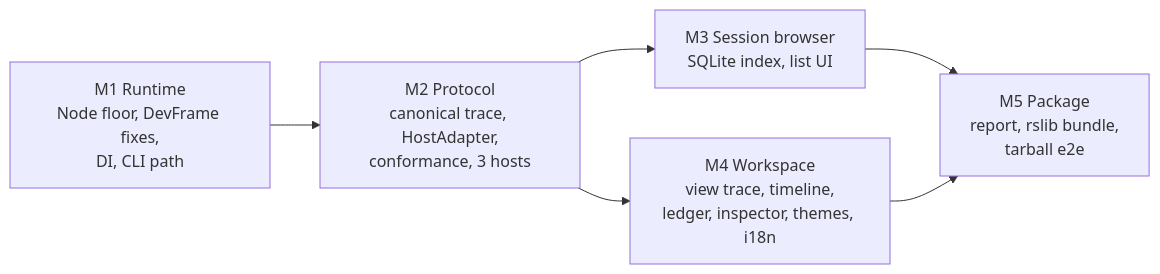
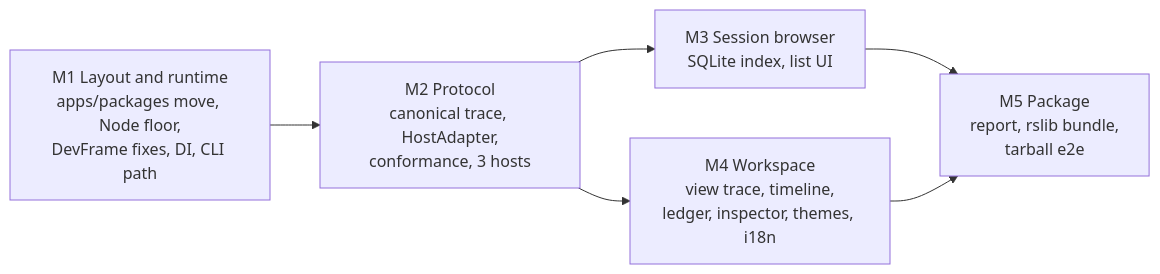
The fourth of 4 diagrams in docs/plans/0001-external-release.md (PerfectPan/estela), drawn with Mermaid before and after one commit. The commit also changed other lines of this file and 2 other files, not shown here.

First line of the commit message:
docs: lay out apps and packages under the @rivus scope in Plan 0001

````diff
--- a/docs/plans/0001-external-release.md
+++ b/docs/plans/0001-external-release.md
@@ -481,8 +495,8 @@
 ```mermaid
 flowchart LR
-  m1["M1 Runtime<br/>Node floor, DevFrame fixes,<br/>DI, CLI path"] --> m2["M2 Protocol<br/>canonical trace, HostAdapter,<br/>conformance, 3 hosts"]
+  m1["M1 Layout and runtime<br/>apps/packages move, Node floor,<br/>DevFrame fixes, DI, CLI path"] --> m2["M2 Protocol<br/>canonical trace, HostAdapter,<br/>conformance, 3 hosts"]
   m2 --> m3["M3 Session browser<br/>SQLite index, list UI"]
   m2 --> m4["M4 Workspace<br/>view trace, timeline,<br/>ledger, inspector, themes, i18n"]
   m3 --> m5["M5 Package<br/>report, rslib bundle,<br/>tarball e2e"]
   m4 --> m5
 ```
````
